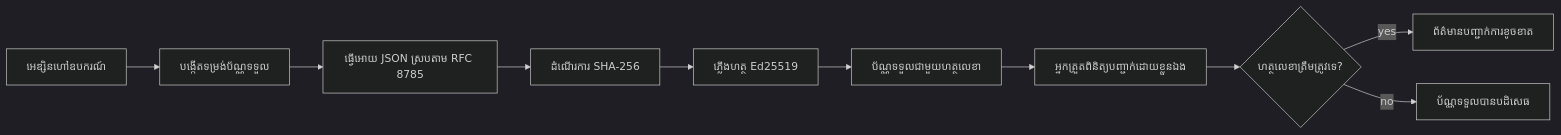
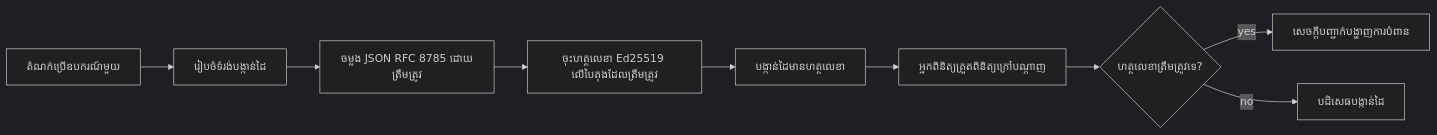
The first of 2 diagrams in translations/km/18-securing-ai-agents/README.md (microsoft/ai-agents-for-beginners), drawn with Mermaid (dark theme) before and after one commit. The commit also changed other lines of this file and 14 other files, not shown here.

````diff
--- a/translations/km/18-securing-ai-agents/README.md
+++ b/translations/km/18-securing-ai-agents/README.md
@@ -51,12 +51,11 @@
 ```mermaid
 flowchart LR
-    A[អេឌ្សិនហៅឧបករណ៍] --> B[បង្កើតទម្រង់ប័ណ្ណទទួល]
-    B --> C[ធ្វើអោយ JSON ស្របតាម RFC 8785]
-    C --> D[ដំណើរការ SHA-256]
-    D --> E[ភ្លើងហត្ថ Ed25519]
-    E --> F[ប័ណ្ណទទួលជាមួយហត្ថលេខា]
-    F --> G[អ្នកត្រួតពិនិត្យបញ្ជាក់ដោយខ្លួនឯង]
+    A[តំណក់ប្រើឧបករណ៍មួយ] --> B[រៀបចំទំរង់បង្កាន់ដៃ]
+    B --> C[ចម្លង JSON RFC 8785 ដោយត្រឹមត្រូវ]
+    C --> E[ចុះហត្ថលេខា Ed25519 លើបៃតុងដែលត្រឹមត្រូវ]
+    E --> F[បង្កាន់ដៃមានហត្ថលេខា]
+    F --> G[អ្នកពិនិត្យត្រួតពិនិត្យក្រៅបណ្តាញ]
     G --> H{ហត្ថលេខាត្រឹមត្រូវទេ?}
-    H -- yes --> I[ព័ត៌មានបញ្ជាក់ការខូចខាត]
-    H -- no --> J[ប័ណ្ណទទួលបានបដិសេធ]
+    H -- yes --> I[សេចក្ដីបញ្ជាក់បង្ហាញការបំពាន]
+    H -- no --> J[បដិសេធបង្កាន់ដៃ]
 ```
````
